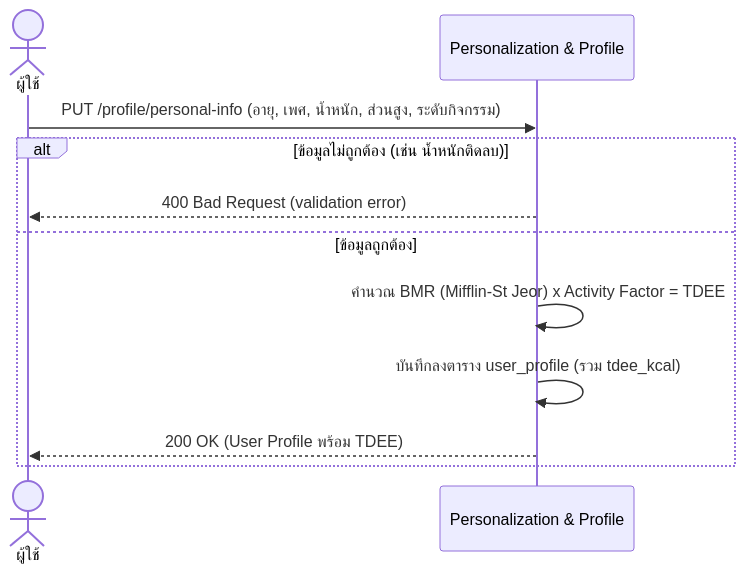
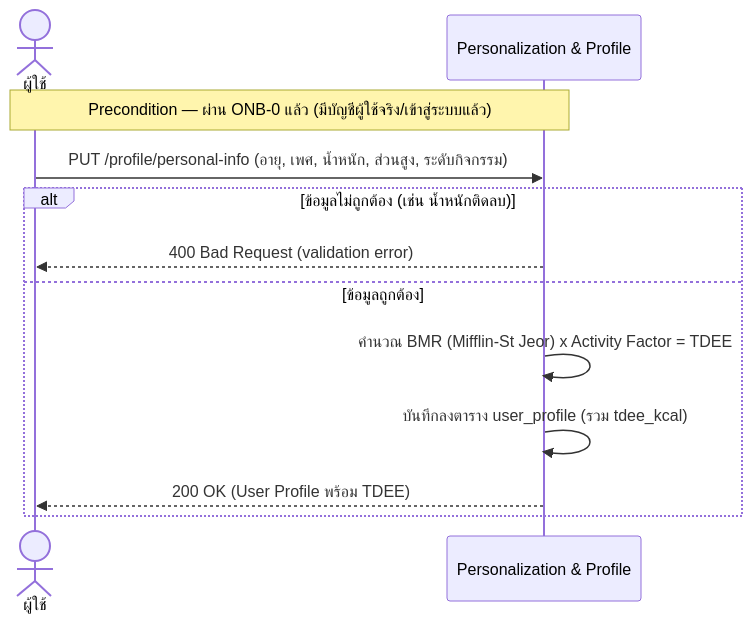
One commit to Kikofah/smartFit_daily changed the fourth of 6 diagrams in docs/02-design/02-technical/detailed-design/01-onboarding-personalization.md. Above: the diagram before and after it, drawn with Mermaid. The commit also changed other lines of this file and 21 other files, not shown here.

````diff
--- a/docs/02-design/02-technical/detailed-design/01-onboarding-personalization.md
+++ b/docs/02-design/02-technical/detailed-design/01-onboarding-personalization.md
@@ -23,13 +161,14 @@
 ```mermaid
 sequenceDiagram
     actor U as ผู้ใช้
     participant PP as Personalization & Profile
+    Note over U,PP: Precondition — ผ่าน ONB-0 แล้ว (มีบัญชีผู้ใช้จริง/เข้าสู่ระบบแล้ว)
     U->>PP: PUT /profile/personal-info (อายุ, เพศ, น้ำหนัก, ส่วนสูง, ระดับกิจกรรม)
     alt ข้อมูลไม่ถูกต้อง (เช่น น้ำหนักติดลบ)
         PP-->>U: 400 Bad Request (validation error)
     else ข้อมูลถูกต้อง
         PP->>PP: คำนวณ BMR (Mifflin-St Jeor) x Activity Factor = TDEE
         PP->>PP: บันทึกลงตาราง user_profile (รวม tdee_kcal)
         PP-->>U: 200 OK (User Profile พร้อม TDEE)
     end
 ```
````
